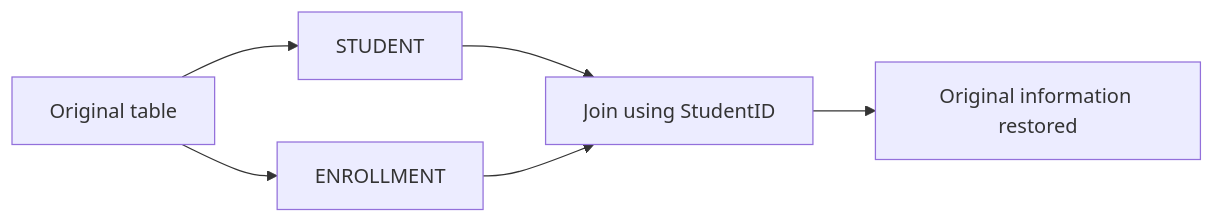
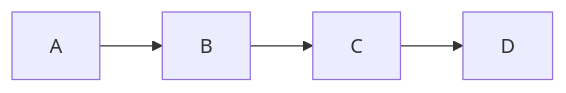
One commit to pentoshi007/prep changed the tenth of 14 diagrams in DBMS/norm.md. Above: the diagram before and after it, drawn with Mermaid. The commit also changed other lines of this file, not shown here.

````diff
--- a/DBMS/norm.md
+++ b/DBMS/norm.md
@@ -421,8 +725,6 @@
 ```mermaid
 flowchart LR
-    R[Original table] --> S[STUDENT]
-    R --> E[ENROLLMENT]
-    S --> J[Join using StudentID]
-    E --> J
-    J --> O[Original information restored]
+    A1[A] --> B1[B]
+    B1 --> C1[C]
+    C1 --> D1[D]
 ```
````
